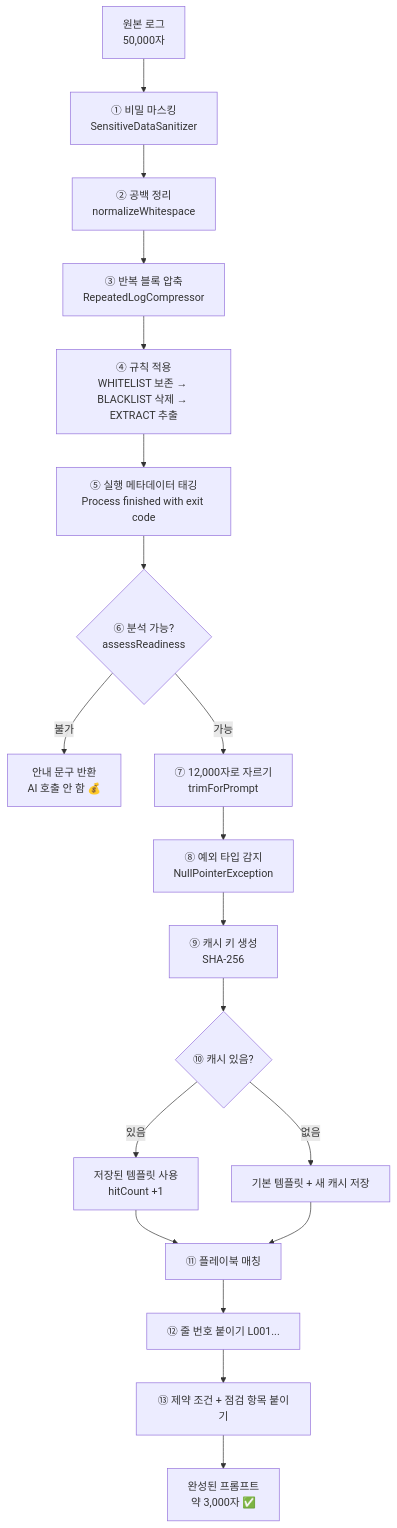
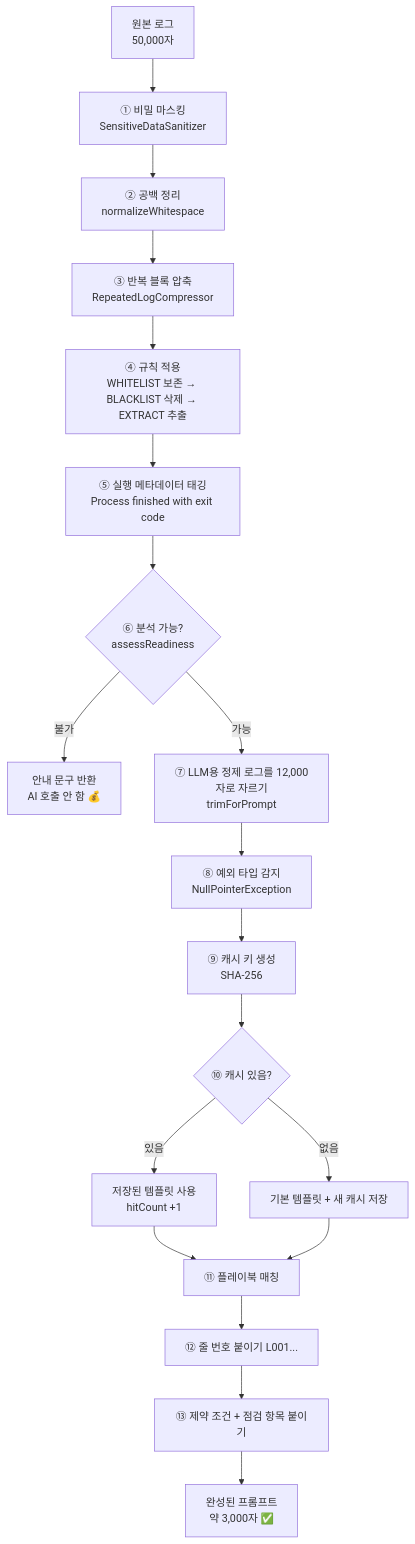
One commit to Seongbin-Choo/errorPurifier changed the seventh of 7 diagrams in PROJECT_GUIDE.md. Above: the diagram before and after it, drawn with Mermaid. The commit also changed other lines of this file and 2 other files, not shown here.

````diff
--- a/PROJECT_GUIDE.md
+++ b/PROJECT_GUIDE.md
@@ -1213,21 +1216,21 @@
 ```mermaid
 flowchart TD
   IN["원본 로그<br/>50,000자"] --> S1["① 비밀 마스킹<br/>SensitiveDataSanitizer"]
   S1 --> S2["② 공백 정리<br/>normalizeWhitespace"]
   S2 --> S3["③ 반복 블록 압축<br/>RepeatedLogCompressor"]
   S3 --> S4["④ 규칙 적용<br/>WHITELIST 보존 → BLACKLIST 삭제 → EXTRACT 추출"]
   S4 --> S5["⑤ 실행 메타데이터 태깅<br/>Process finished with exit code"]
   S5 --> S6{"⑥ 분석 가능?<br/>assessReadiness"}
   S6 -->|"불가"| OUT2["안내 문구 반환<br/>AI 호출 안 함 💰"]
-  S6 -->|"가능"| S7["⑦ 12,000자로 자르기<br/>trimForPrompt"]
+  S6 -->|"가능"| S7["⑦ LLM용 정제 로그를 12,000자로 자르기<br/>trimForPrompt"]
   S7 --> S8["⑧ 예외 타입 감지<br/>NullPointerException"]
   S8 --> S9["⑨ 캐시 키 생성<br/>SHA-256"]
   S9 --> S10{"⑩ 캐시 있음?"}
   S10 -->|"있음"| T1["저장된 템플릿 사용<br/>hitCount +1"]
   S10 -->|"없음"| T2["기본 템플릿 + 새 캐시 저장"]
   T1 --> S11["⑪ 플레이북 매칭"]
   T2 --> S11
   S11 --> S12["⑫ 줄 번호 붙이기 L001..."]
   S12 --> S13["⑬ 제약 조건 + 점검 항목 붙이기"]
   S13 --> OUT["완성된 프롬프트<br/>약 3,000자 ✅"]
 ```
````
